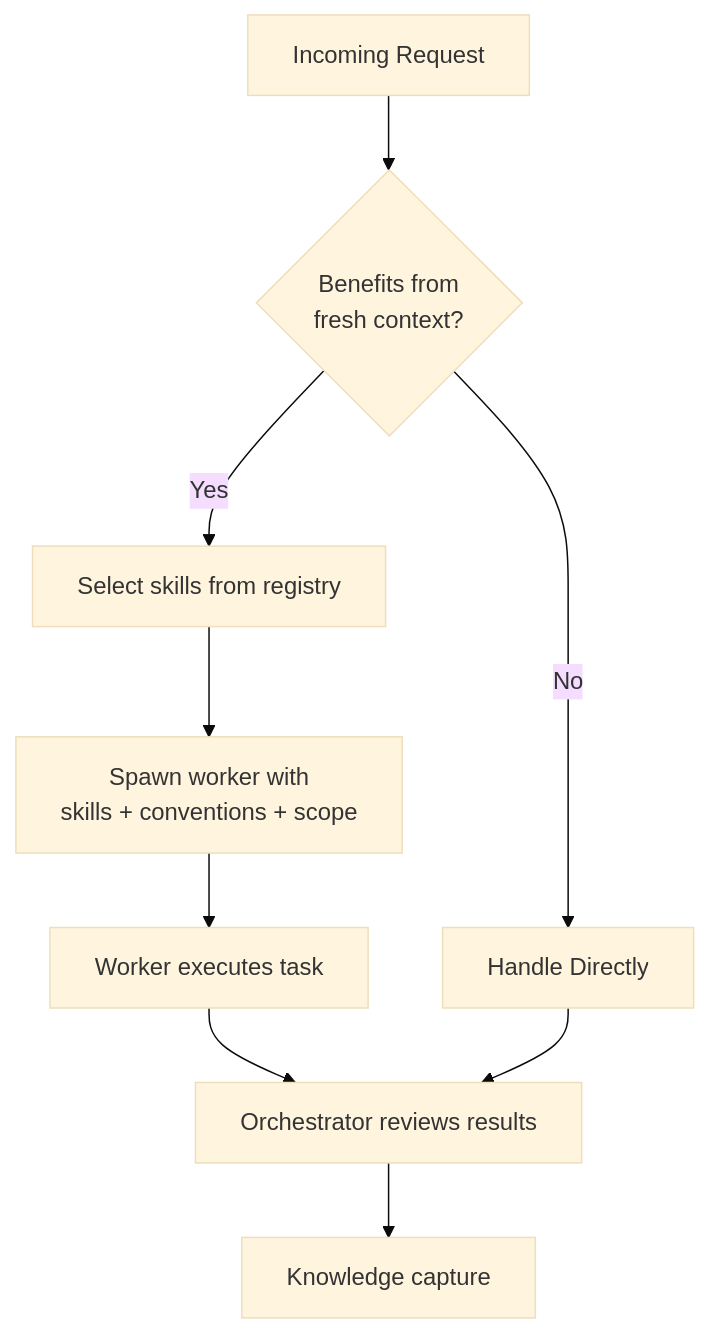
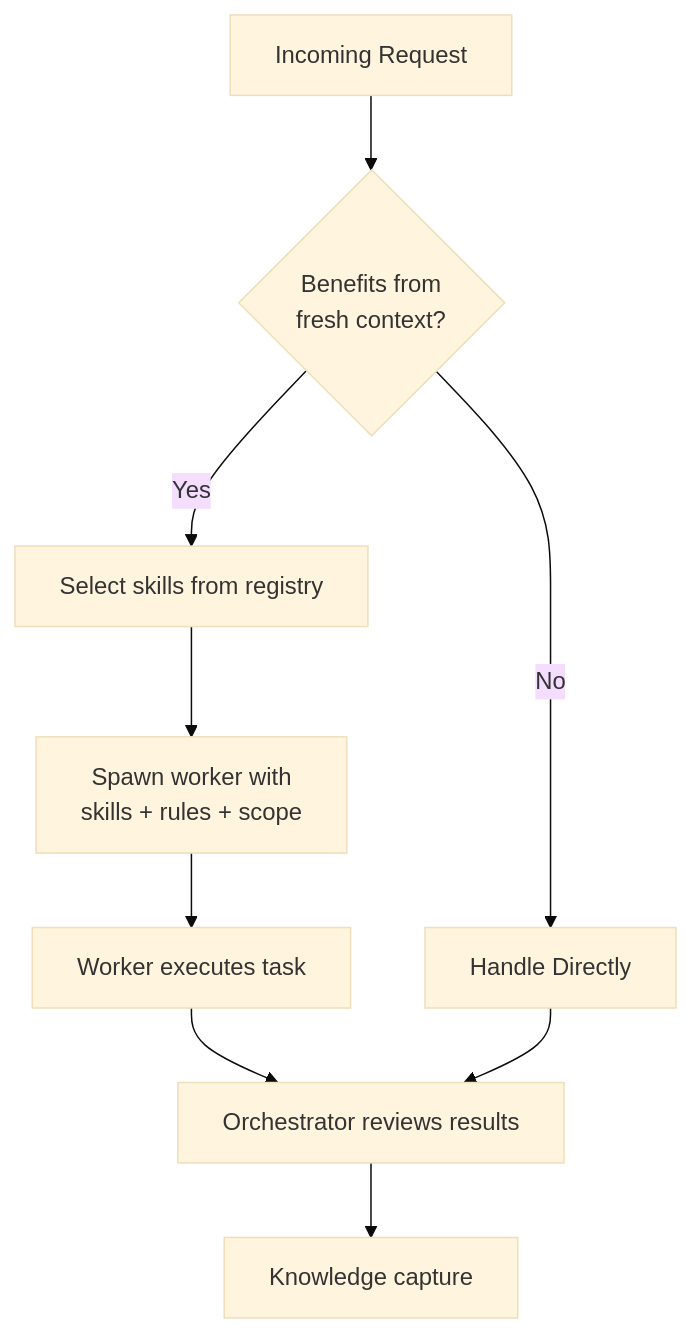
Before and after one commit to lorehq/lore-docs: the first of 2 diagrams in docs/concepts/delegation.md, drawn with Mermaid (base theme). The commit also changed other lines of this file and 31 other files, not shown here.

Commit message:
Taxonomy alignment: conventions→rules, gotcha skills→fieldnotes

````diff
--- a/docs/concepts/delegation.md
+++ b/docs/concepts/delegation.md
@@ -13,11 +13,11 @@
 ```mermaid
 flowchart TD
     Request[Incoming Request] --> Q1{"Benefits from<br/>fresh context?"}
     Q1 -->|No| Direct[Handle Directly]
     Q1 -->|Yes| Skills[Select skills from registry]
-    Skills --> Spawn["Spawn worker with<br/>skills + conventions + scope"]
+    Skills --> Spawn["Spawn worker with<br/>skills + rules + scope"]
     Spawn --> Execute[Worker executes task]
     Execute --> Review[Orchestrator reviews results]
     Direct --> Review
     Review --> Capture[Knowledge capture]
 ```
````
